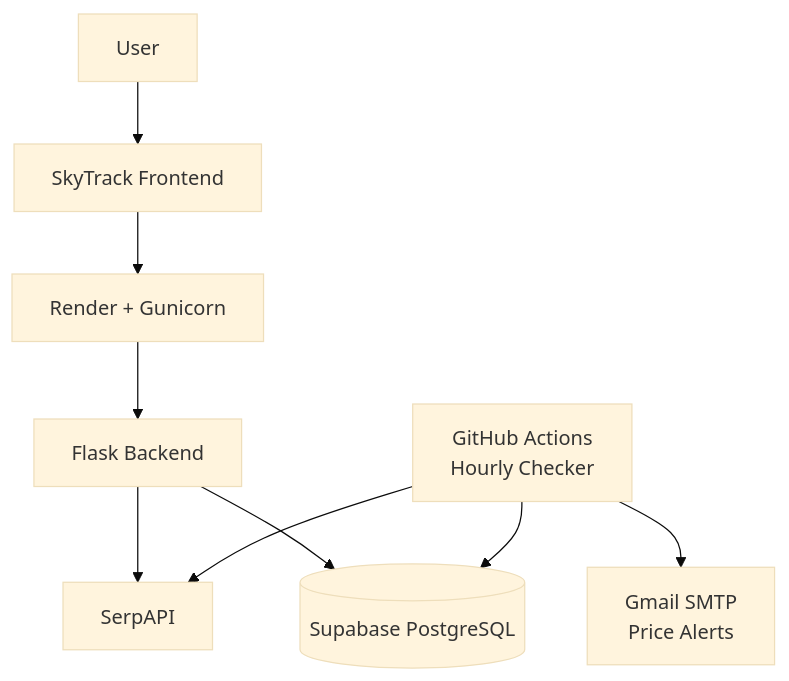
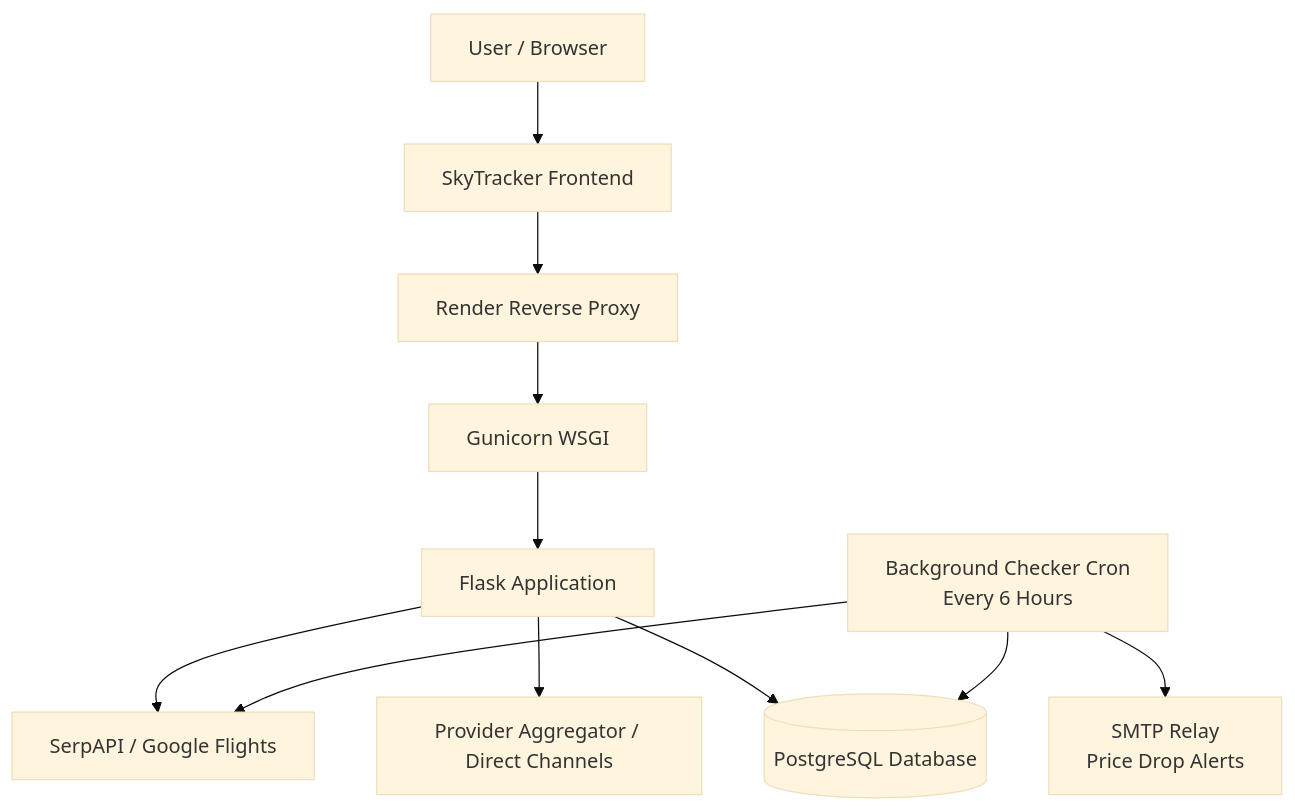
The diagram in README.md (na-real/flight-price-tracker), drawn with Mermaid (base theme) before and after one commit. The commit also changed other lines of this file and 19 other files, not shown here.

````diff
--- a/README.md
+++ b/README.md
@@ -71,13 +49,15 @@
 ```mermaid
 flowchart TD
-    U[User] --> F[SkyTrack Frontend]
-    F --> R[Render + Gunicorn]
-    R --> A[Flask Backend]
+    U[User / Browser] --> F[SkyTracker Frontend]
+    F --> R[Render Reverse Proxy]
+    R --> G[Gunicorn WSGI]
+    G --> A[Flask Application]
 
-    A --> S[SerpAPI]
-    A --> DB[(Supabase PostgreSQL)]
+    A --> S[SerpAPI / Google Flights]
+    A --> P[Provider Aggregator / Direct Channels]
+    A --> DB[(PostgreSQL Database)]
 
-    G[GitHub Actions<br/>Hourly Checker] --> S
-    G --> DB
-    G --> E[Gmail SMTP<br/>Price Alerts]
+    C[Background Checker Cron<br/>Every 6 Hours] --> S
+    C --> DB
+    C --> E[SMTP Relay<br/>Price Drop Alerts]
 ```
````
